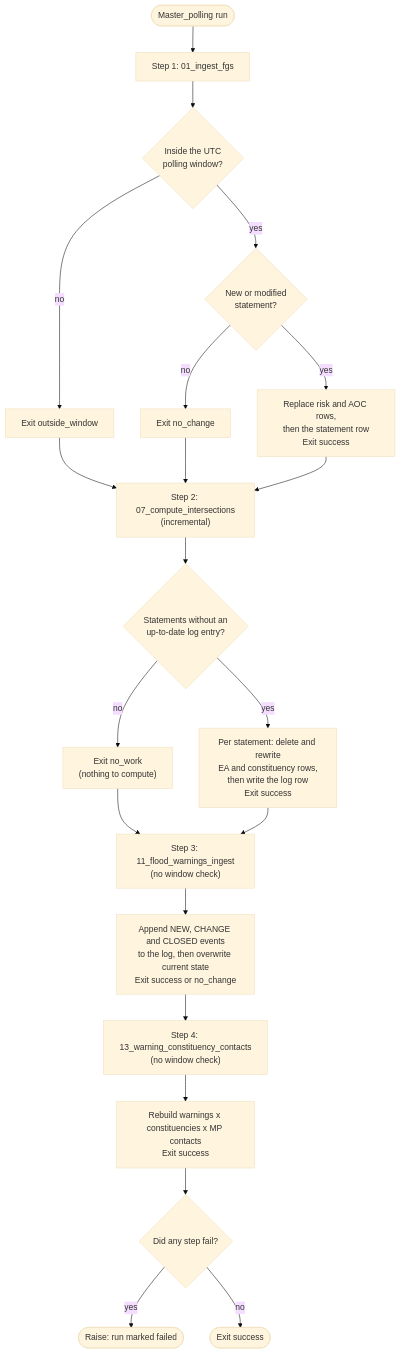
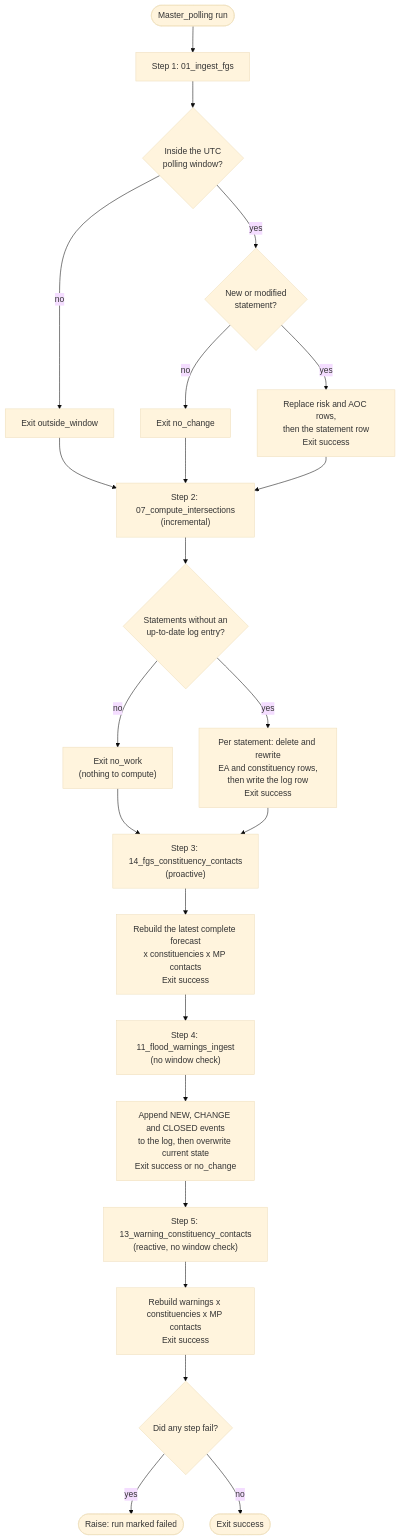
Before and after one commit to JonPayneEA/FGS_Notebooks: the second of 5 diagrams in README.md, drawn with Mermaid (base theme). The commit also changed other lines of this file and 7 other files, not shown here.

First line of the commit message:
Add fgs_constituency_mp_contacts: the proactive FGS x constituency x MP table

````diff
--- a/README.md
+++ b/README.md
@@ -138,23 +142,25 @@
 ```mermaid
 flowchart TD
     start(["Master_polling run"]) --> S1["Step 1: 01_ingest_fgs"]
     S1 --> D0{"Inside the UTC<br/>polling window?"}
     D0 -- no --> X0["Exit outside_window"]
     D0 -- yes --> D1{"New or modified<br/>statement?"}
     D1 -- no --> X1["Exit no_change"]
     D1 -- yes --> W1["Replace risk and AOC rows,<br/>then the statement row<br/>Exit success"]
     X0 --> S2
     X1 --> S2
     W1 --> S2["Step 2: 07_compute_intersections<br/>(incremental)"]
     S2 --> D2{"Statements without an<br/>up-to-date log entry?"}
     D2 -- no --> X2["Exit no_work<br/>(nothing to compute)"]
     D2 -- yes --> W2["Per statement: delete and rewrite<br/>EA and constituency rows,<br/>then write the log row<br/>Exit success"]
     X2 --> S3
-    W2 --> S3["Step 3: 11_flood_warnings_ingest<br/>(no window check)"]
-    S3 --> W3["Append NEW, CHANGE and CLOSED events<br/>to the log, then overwrite current state<br/>Exit success or no_change"]
-    W3 --> S4["Step 4: 13_warning_constituency_contacts<br/>(no window check)"]
-    S4 --> W4["Rebuild warnings x constituencies x MP contacts<br/>Exit success"]
-    W4 --> D3{"Did any step fail?"}
+    W2 --> S3["Step 3: 14_fgs_constituency_contacts<br/>(proactive)"]
+    S3 --> W3["Rebuild the latest complete forecast<br/>x constituencies x MP contacts<br/>Exit success"]
+    W3 --> S4["Step 4: 11_flood_warnings_ingest<br/>(no window check)"]
+    S4 --> W4["Append NEW, CHANGE and CLOSED events<br/>to the log, then overwrite current state<br/>Exit success or no_change"]
+    W4 --> S5["Step 5: 13_warning_constituency_contacts<br/>(reactive, no window check)"]
+    S5 --> W5["Rebuild warnings x constituencies x MP contacts<br/>Exit success"]
+    W5 --> D3{"Did any step fail?"}
     D3 -- yes --> F(["Raise: run marked failed"])
     D3 -- no --> OK(["Exit success"])
 ```
````
